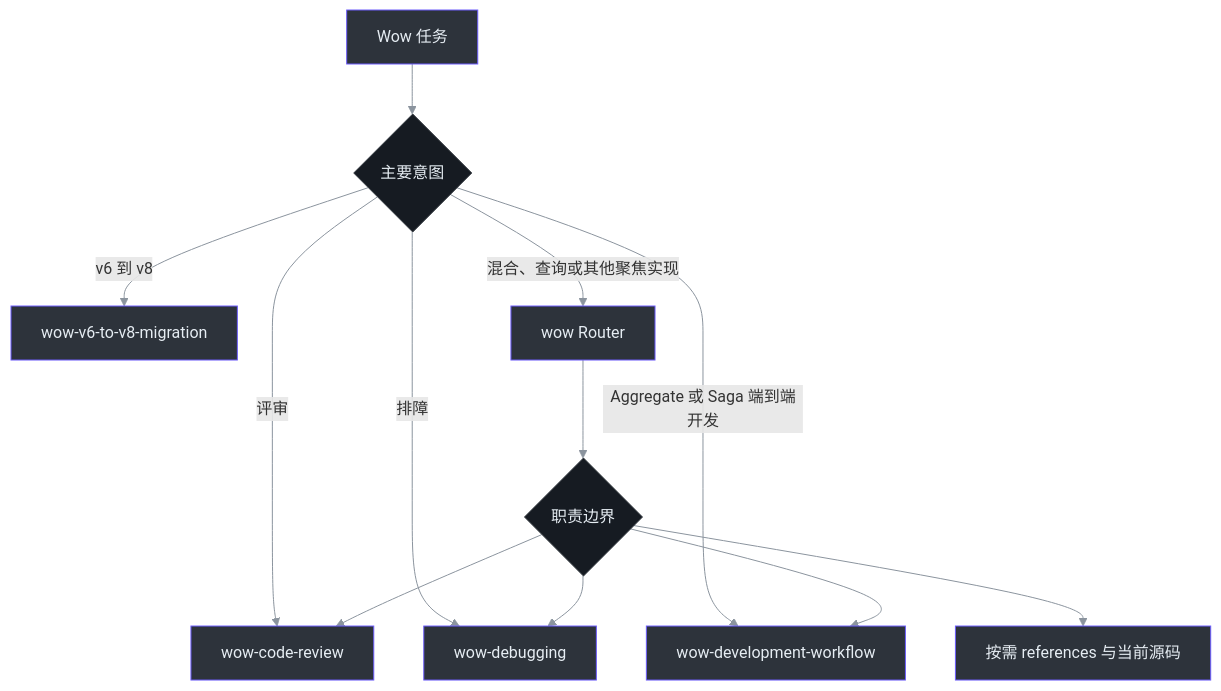
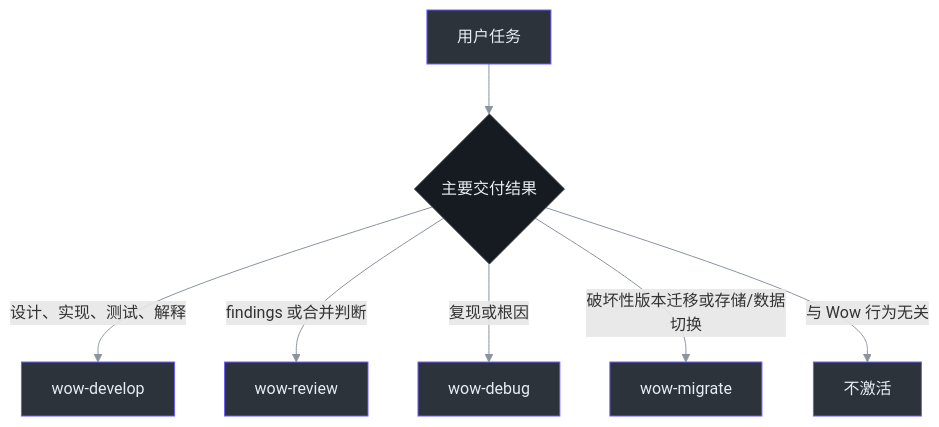
The first of 2 diagrams in documentation/docs/zh/guide/skills.md (Ahoo-Wang/Wow), drawn with Mermaid before and after one commit. The commit also changed other lines of this file and 77 other files, not shown here.

````diff
--- a/documentation/docs/zh/guide/skills.md
+++ b/documentation/docs/zh/guide/skills.md
@@ -84,19 +32,13 @@
 ```mermaid
 flowchart TD
-    Task["Wow 任务"] --> Intent{"主要意图"}
-    Intent -->|评审| Review["wow-code-review"]
-    Intent -->|排障| Debug["wow-debugging"]
-    Intent -->|v6 到 v8| Migration["wow-v6-to-v8-migration"]
-    Intent -->|Aggregate 或 Saga 端到端开发| Workflow["wow-development-workflow"]
-    Intent -->|混合、查询或其他聚焦实现| Router["wow Router"]
-    Router --> Reference{"职责边界"}
-    Reference --> Workflow
-    Reference --> Review
-    Reference --> Debug
-    Reference --> Focused["按需 references 与当前源码"]
+    Task["用户任务"] --> Intent{"主要交付结果"}
+    Intent -->|设计、实现、测试、解释| Develop["wow-develop"]
+    Intent -->|findings 或合并判断| Review["wow-review"]
+    Intent -->|复现或根因| Debug["wow-debug"]
+    Intent -->|破坏性版本迁移或存储/数据切换| Migrate["wow-migrate"]
+    Intent -->|与 Wow 行为无关| None["不激活"]
 
     classDef default fill:#2d333b,stroke:#6d5dfc,color:#e6edf3
     style Intent fill:#161b22,stroke:#30363d,color:#e6edf3
-    style Reference fill:#161b22,stroke:#30363d,color:#e6edf3
     linkStyle default stroke:#8b949e
 ```
````
